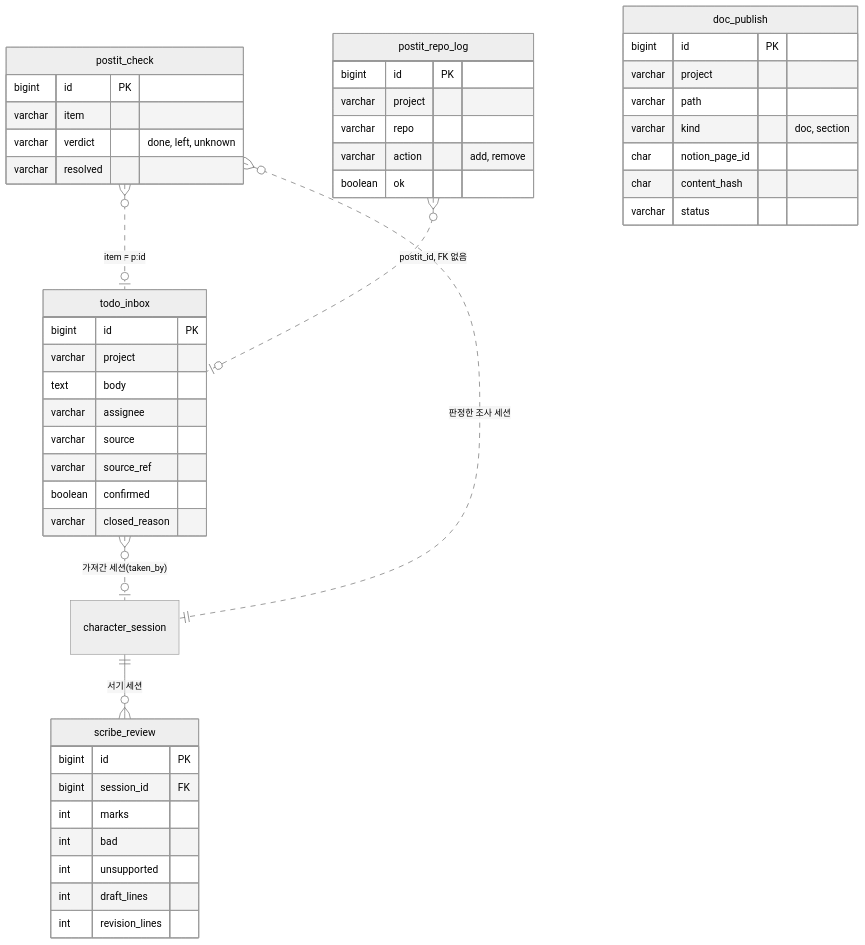
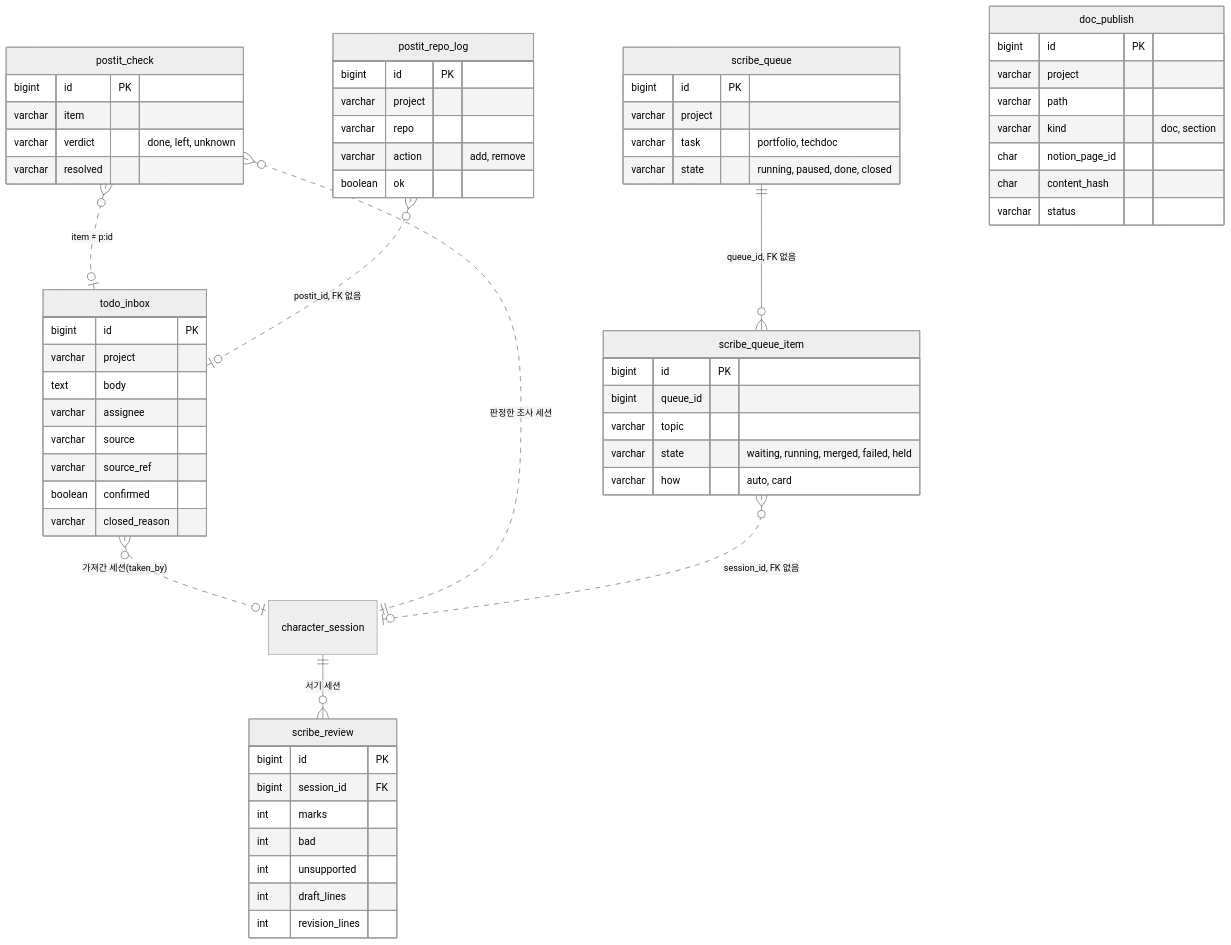
One commit to Gabriel-Joo/foreman changed the fourth of 5 diagrams in notion/15_db/01_tables.md. Above: the diagram before and after it, drawn with Mermaid (neutral theme). The commit also changed other lines of this file and 25 other files, not shown here.

````diff
--- a/notion/15_db/01_tables.md
+++ b/notion/15_db/01_tables.md
@@ -307,50 +308,65 @@
 ```mermaid
 erDiagram
     character_session ||--o{ scribe_review : "서기 세션"
     todo_inbox }o..o| character_session : "가져간 세션(taken_by)"
     postit_check }o..o| todo_inbox : "item = p:id"
     postit_check }o..|| character_session : "판정한 조사 세션"
     postit_repo_log }o..o| todo_inbox : "postit_id, FK 없음"
+    scribe_queue ||--o{ scribe_queue_item : "queue_id, FK 없음"
+    scribe_queue_item }o..o| character_session : "session_id, FK 없음"
 
     doc_publish {
         bigint id PK
         varchar project
         varchar path
         varchar kind "doc, section"
         char notion_page_id
         char content_hash
         varchar status
     }
     scribe_review {
         bigint id PK
         bigint session_id FK
         int marks
         int bad
         int unsupported
         int draft_lines
         int revision_lines
     }
     todo_inbox {
         bigint id PK
         varchar project
         text body
         varchar assignee
         varchar source
         varchar source_ref
         boolean confirmed
         varchar closed_reason
     }
     postit_check {
         bigint id PK
         varchar item
         varchar verdict "done, left, unknown"
         varchar resolved
     }
     postit_repo_log {
         bigint id PK
         varchar project
         varchar repo
         varchar action "add, remove"
         boolean ok
     }
+    scribe_queue {
+        bigint id PK
+        varchar project
+        varchar task "portfolio, techdoc"
+        varchar state "running, paused, done, closed"
+    }
+    scribe_queue_item {
+        bigint id PK
+        bigint queue_id
+        varchar topic
+        varchar state "waiting, running, merged, failed, held"
+        varchar how "auto, card"
+    }
 ```
````
